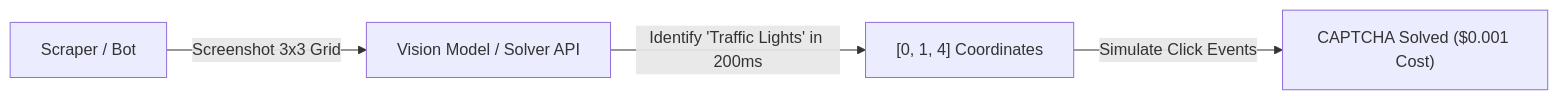
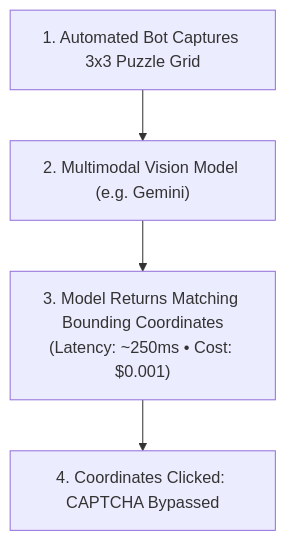
Before and after one commit to naimurhasan/naimurhasan.github.io: the second of 3 diagrams in _posts/2026-10-22-traditional-captcha-vs-invisible-challenges.md, drawn with Mermaid. The commit also changed other lines of this file and 28 other files, not shown here.

Commit message:
fix(blog): refactor all Mermaid diagrams to vertical legible layouts and restore in-body illustrations

````diff
--- a/_posts/2026-10-22-traditional-captcha-vs-invisible-challenges.md
+++ b/_posts/2026-10-22-traditional-captcha-vs-invisible-challenges.md
@@ -55,6 +54,6 @@
 ```mermaid
-flowchart LR
-  Bot["Scraper / Bot"] -->|"Screenshot 3x3 Grid"| AI["Vision Model / Solver API"]
-  AI -->|"Identify 'Traffic Lights' in 200ms"| Solution["[0, 1, 4] Coordinates"]
-  Solution -->|"Simulate Click Events"| Pass["CAPTCHA Solved ($0.001 Cost)"]
+flowchart TD
+  Bot["1. Automated Bot Captures 3x3 Puzzle Grid"] --> AI["2. Multimodal Vision Model (e.g. Gemini)"]
+  AI --> Solution["3. Model Returns Matching Bounding Coordinates<br/>(Latency: ~250ms • Cost: $0.001)"]
+  Solution --> Pass["4. Coordinates Clicked: CAPTCHA Bypassed"]
 ```
````
